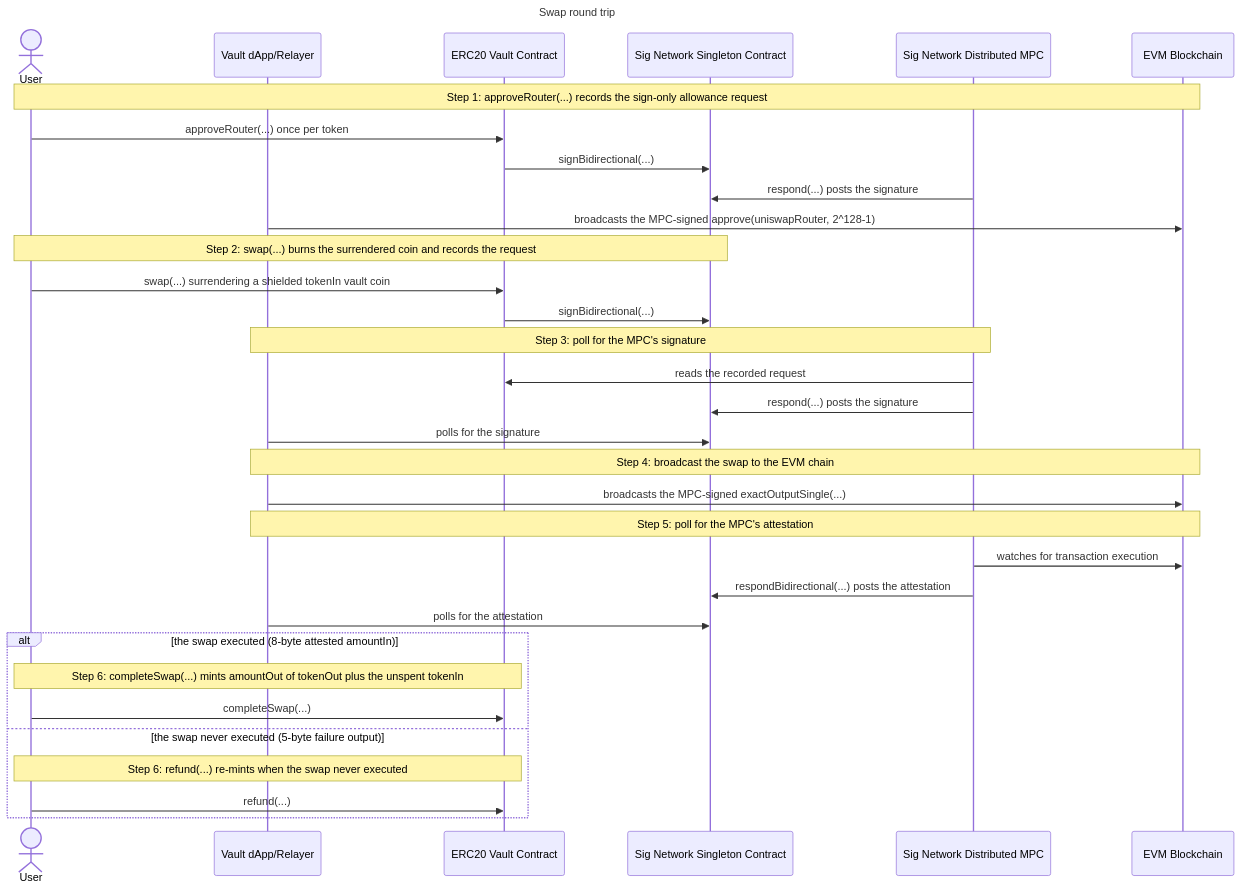
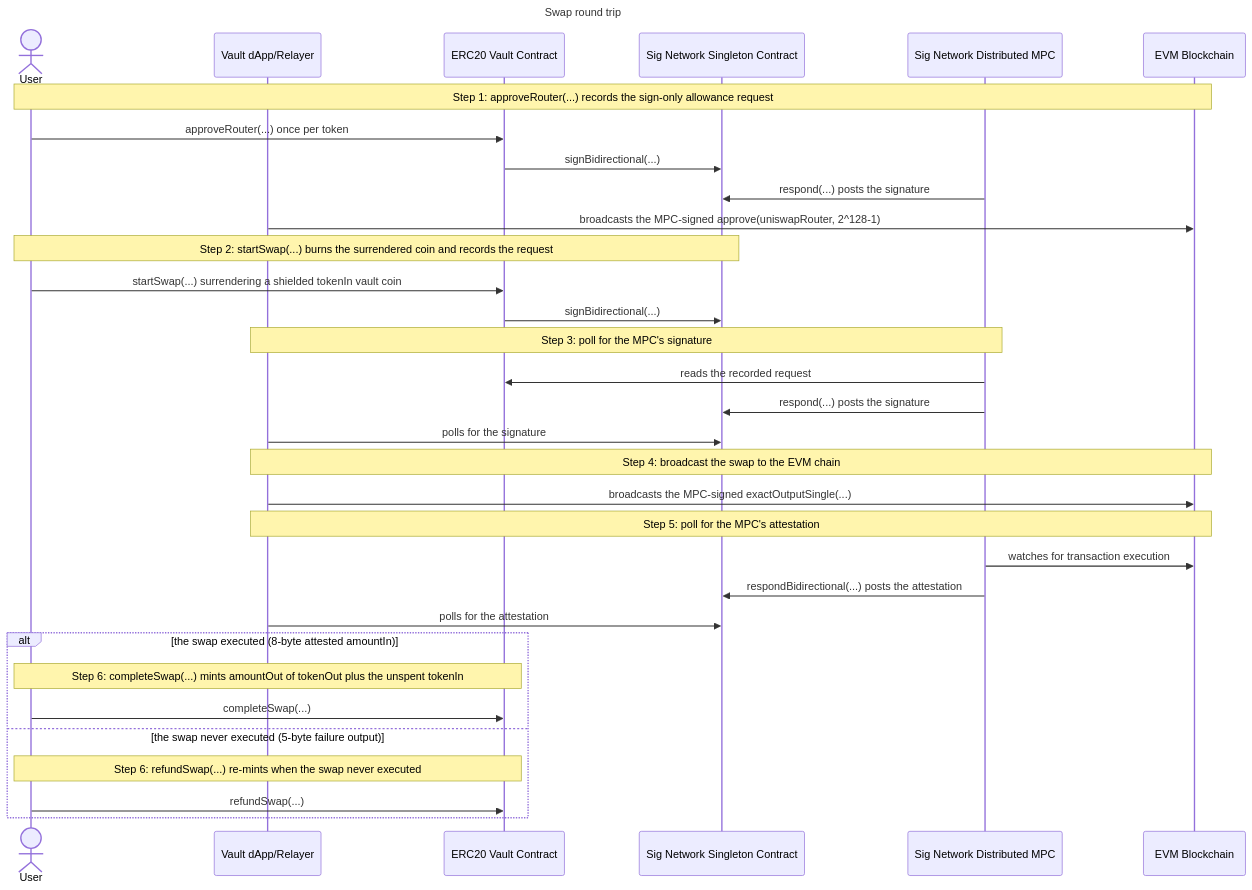
One commit to sig-net/midnight-examples changed the diagram in examples/erc20-vault/docs/swap/swap.md. Above: the diagram before and after it, drawn with Mermaid. The commit also changed other lines of this file and 5 other files, not shown here.

````diff
--- a/examples/erc20-vault/docs/swap/swap.md
+++ b/examples/erc20-vault/docs/swap/swap.md
@@ -273,36 +272,36 @@
 ```mermaid
 sequenceDiagram
     title Swap round trip
     actor User
     participant DApp as Vault dApp/Relayer
     participant Vault as ERC20 Vault Contract
     participant Singleton as Sig Network Singleton Contract
     participant MPC as Sig Network Distributed MPC
     participant EVM as EVM Blockchain
 
     Note over User,EVM: Step 1: approveRouter(...) records the sign-only allowance request
     User->>Vault: approveRouter(...) once per token
     Vault->>Singleton: signBidirectional(...)
     MPC->>Singleton: respond(...) posts the signature
     DApp->>EVM: broadcasts the MPC-signed approve(uniswapRouter, 2^128-1)
-    Note over User,Singleton: Step 2: swap(...) burns the surrendered coin and records the request
-    User->>Vault: swap(...) surrendering a shielded tokenIn vault coin
+    Note over User,Singleton: Step 2: startSwap(...) burns the surrendered coin and records the request
+    User->>Vault: startSwap(...) surrendering a shielded tokenIn vault coin
     Vault->>Singleton: signBidirectional(...)
     Note over DApp,MPC: Step 3: poll for the MPC's signature
     MPC->>Vault: reads the recorded request
     MPC->>Singleton: respond(...) posts the signature
     DApp->>Singleton: polls for the signature
     Note over DApp,EVM: Step 4: broadcast the swap to the EVM chain
     DApp->>EVM: broadcasts the MPC-signed exactOutputSingle(...)
     Note over DApp,EVM: Step 5: poll for the MPC's attestation
     MPC->>EVM: watches for transaction execution
     MPC->>Singleton: respondBidirectional(...) posts the attestation
     DApp->>Singleton: polls for the attestation
     alt the swap executed (8-byte attested amountIn)
         Note over User,Vault: Step 6: completeSwap(...) mints amountOut of tokenOut plus the unspent tokenIn
         User->>Vault: completeSwap(...)
     else the swap never executed (5-byte failure output)
-        Note over User,Vault: Step 6: refund(...) re-mints when the swap never executed
-        User->>Vault: refund(...)
+        Note over User,Vault: Step 6: refundSwap(...) re-mints when the swap never executed
+        User->>Vault: refundSwap(...)
     end
 ```
````
